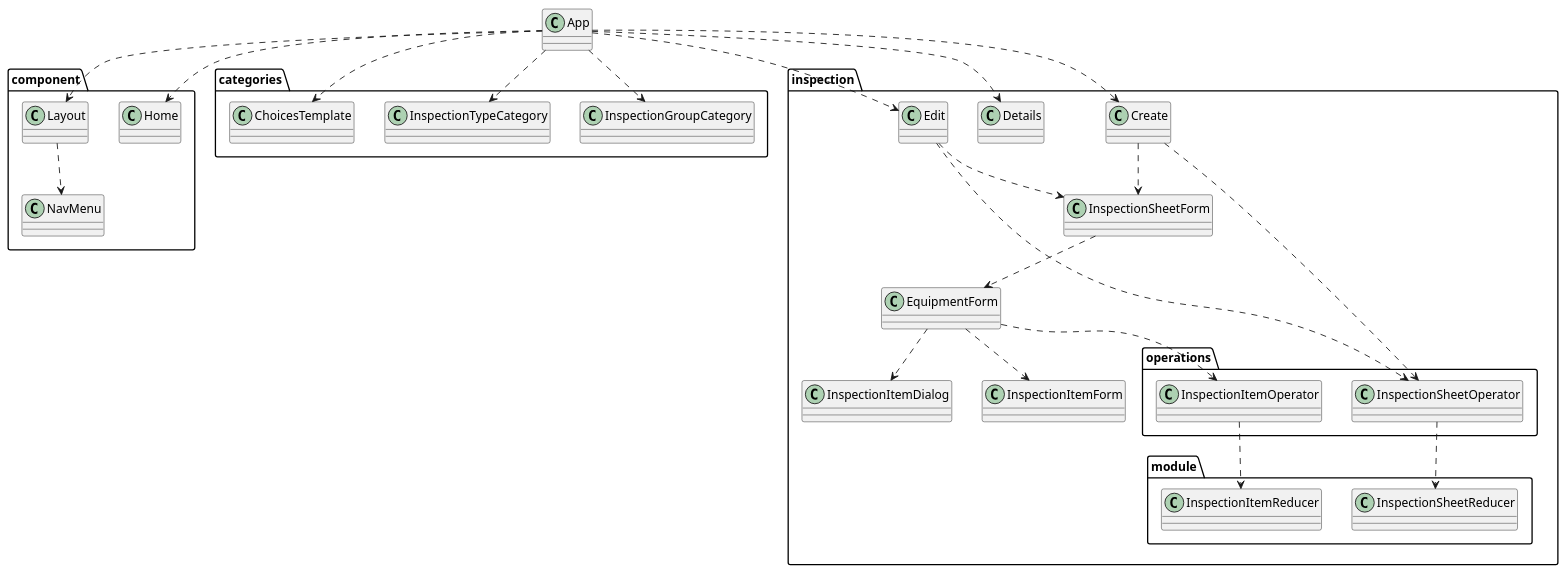
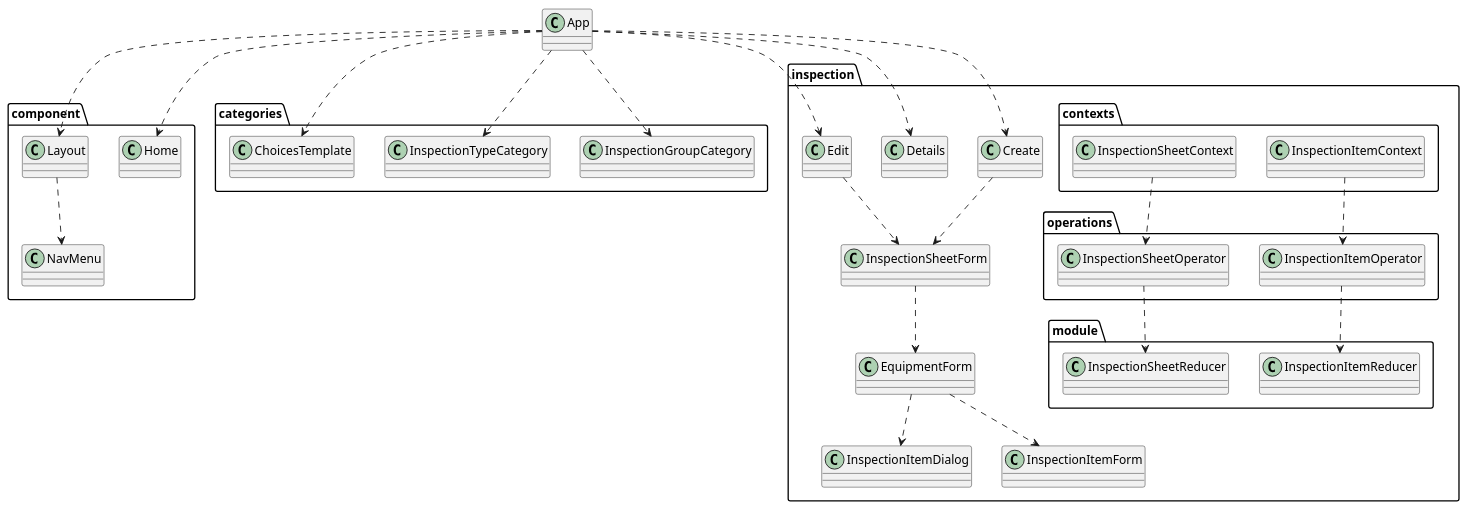
The diagram in docs/class-diagram-client.puml (yasuaki-344/inspection-manager), drawn with PlantUML before and after one commit.

Commit message:
Modify class diagram

```diff
--- a/docs/class-diagram-client.puml
+++ b/docs/class-diagram-client.puml
@@ -1,54 +1,57 @@
 @startuml class-diagram-client
 package component {
   class Home
   class Layout
   class NavMenu
   ' relationship
   Layout ..> NavMenu
 }
 package categories {
   class InspectionGroupCategory
   class InspectionTypeCategory
   class ChoicesTemplate
   ' relationship
 }
 package inspection {
   class Create
   class Details
   class Edit
   class EquipmentForm
   class InspectionItemDialog
   class InspectionItemForm
   package module {
     class InspectionItemReducer
     class InspectionSheetReducer
   }
   package operations {
     class InspectionSheetOperator
     class InspectionItemOperator
   }
+  package contexts {
+    class InspectionSheetContext
+    class InspectionItemContext
+  }
   ' relationship
-  Create ..> InspectionSheetOperator
   Create ..> InspectionSheetForm
-  Edit ..> InspectionSheetOperator
   Edit ..> InspectionSheetForm
   InspectionSheetForm ..> EquipmentForm
   EquipmentForm ..> InspectionItemDialog
-  EquipmentForm ..> InspectionItemOperator
   EquipmentForm ..> InspectionItemForm
+  InspectionItemContext ..> InspectionItemOperator
+  InspectionSheetContext ..> InspectionSheetOperator
   InspectionItemOperator ..> InspectionItemReducer
   InspectionSheetOperator ..> InspectionSheetReducer
 }
 class App
 
 ' relationship
 App ..> Layout
 App ..> Home
 App ..> InspectionGroupCategory
 App ..> InspectionTypeCategory
 App ..> ChoicesTemplate
 App ..> Create
 App ..> Details
 App ..> Edit
 
 @enduml
```
